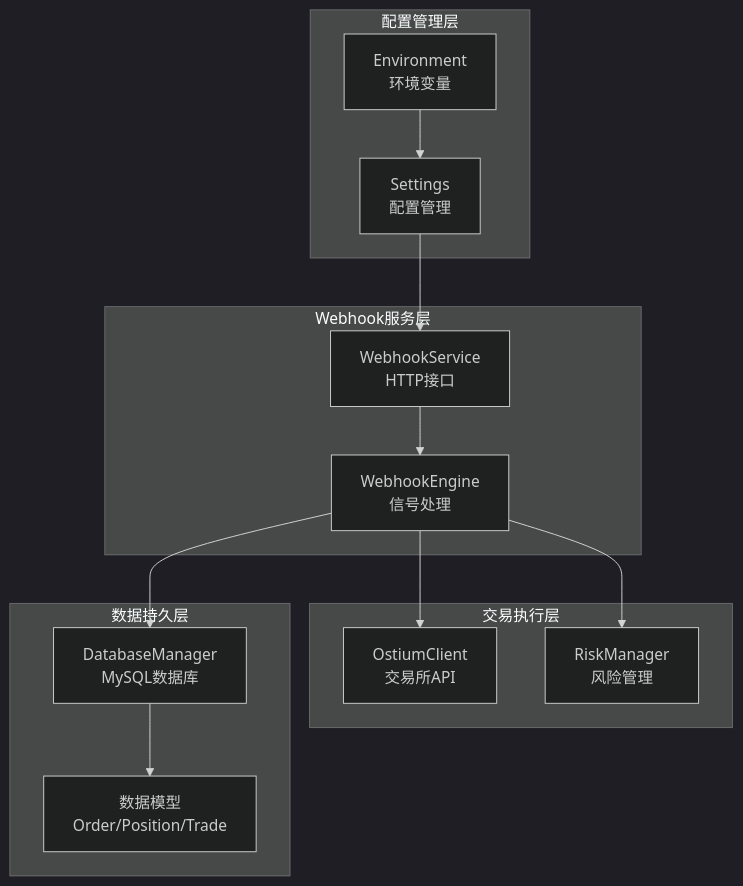
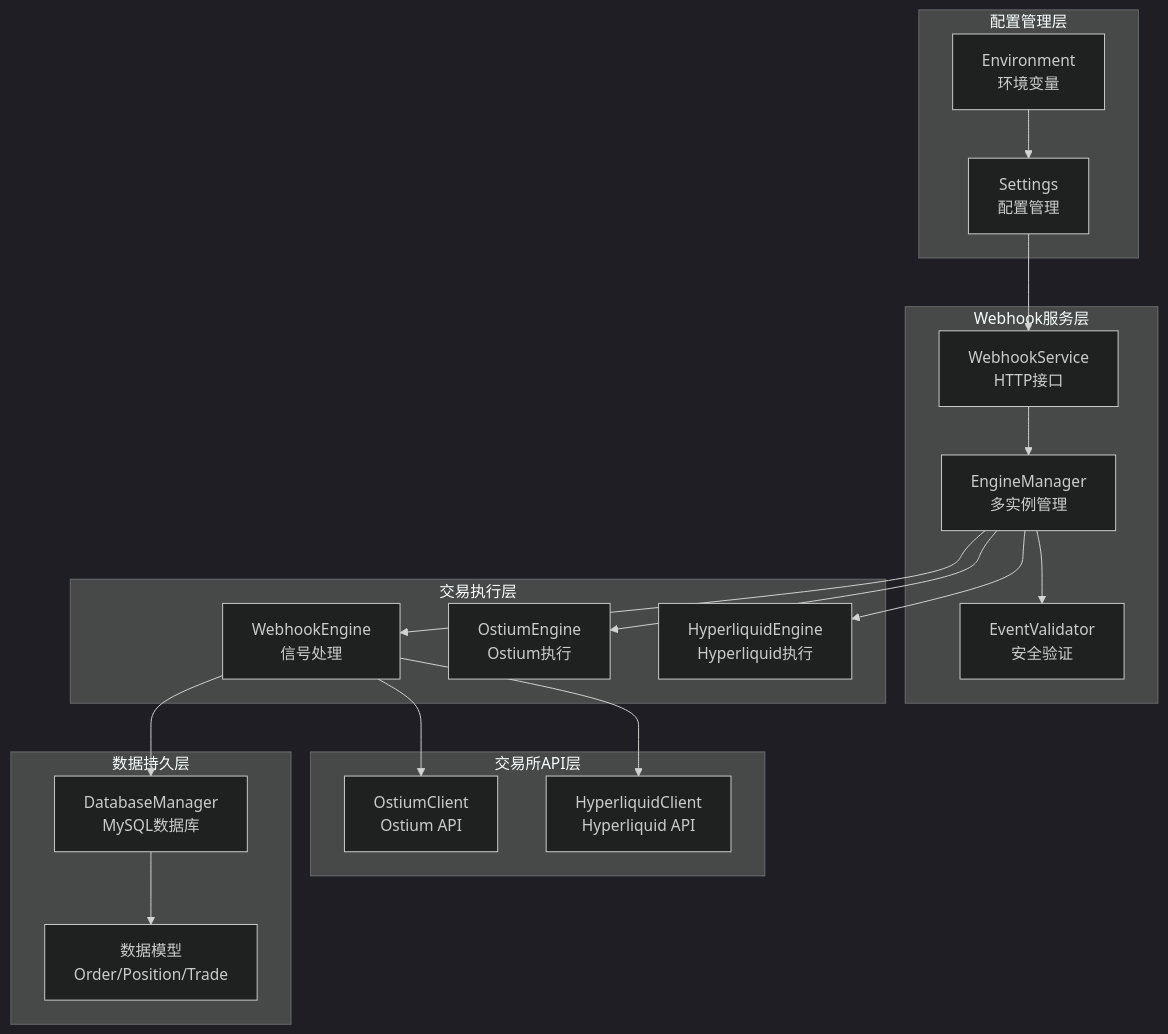
Before and after one commit to zyf266/ending: the first of 7 diagrams in .qoder/repowiki/zh/content/核心模块详解/交易引擎/Webhook交易引擎.md, drawn with Mermaid (dark theme). The commit also changed other lines of this file and 63 other files, not shown here.

````diff
--- a/.qoder/repowiki/zh/content/核心模块详解/交易引擎/Webhook交易引擎.md
+++ b/.qoder/repowiki/zh/content/核心模块详解/交易引擎/Webhook交易引擎.md
@@ -42,26 +54,36 @@
 ```mermaid
 graph TB
 subgraph "Webhook服务层"
 WS[WebhookService<br/>HTTP接口]
-WE[WebhookEngine<br/>信号处理]
+EM[EngineManager<br/>多实例管理]
+EV[EventValidator<br/>安全验证]
 end
 subgraph "交易执行层"
-OC[OstiumClient<br/>交易所API]
-RM[RiskManager<br/>风险管理]
+WE[WebhookEngine<br/>信号处理]
+OE[OstiumEngine<br/>Ostium执行]
+HE[HyperliquidEngine<br/>Hyperliquid执行]
+end
+subgraph "交易所API层"
+OC[OstiumClient<br/>Ostium API]
+HC[HyperliquidClient<br/>Hyperliquid API]
 end
 subgraph "数据持久层"
 DB[DatabaseManager<br/>MySQL数据库]
 MODELS[数据模型<br/>Order/Position/Trade]
 end
 subgraph "配置管理层"
 CFG[Settings<br/>配置管理]
 ENV[Environment<br/>环境变量]
 end
-WS --> WE
+WS --> EM
+EM --> WE
+EM --> OE
+EM --> HE
 WE --> OC
+WE --> HC
 WE --> DB
 DB --> MODELS
-WE --> RM
+EM --> EV
 CFG --> WS
 ENV --> CFG
 ```
````
